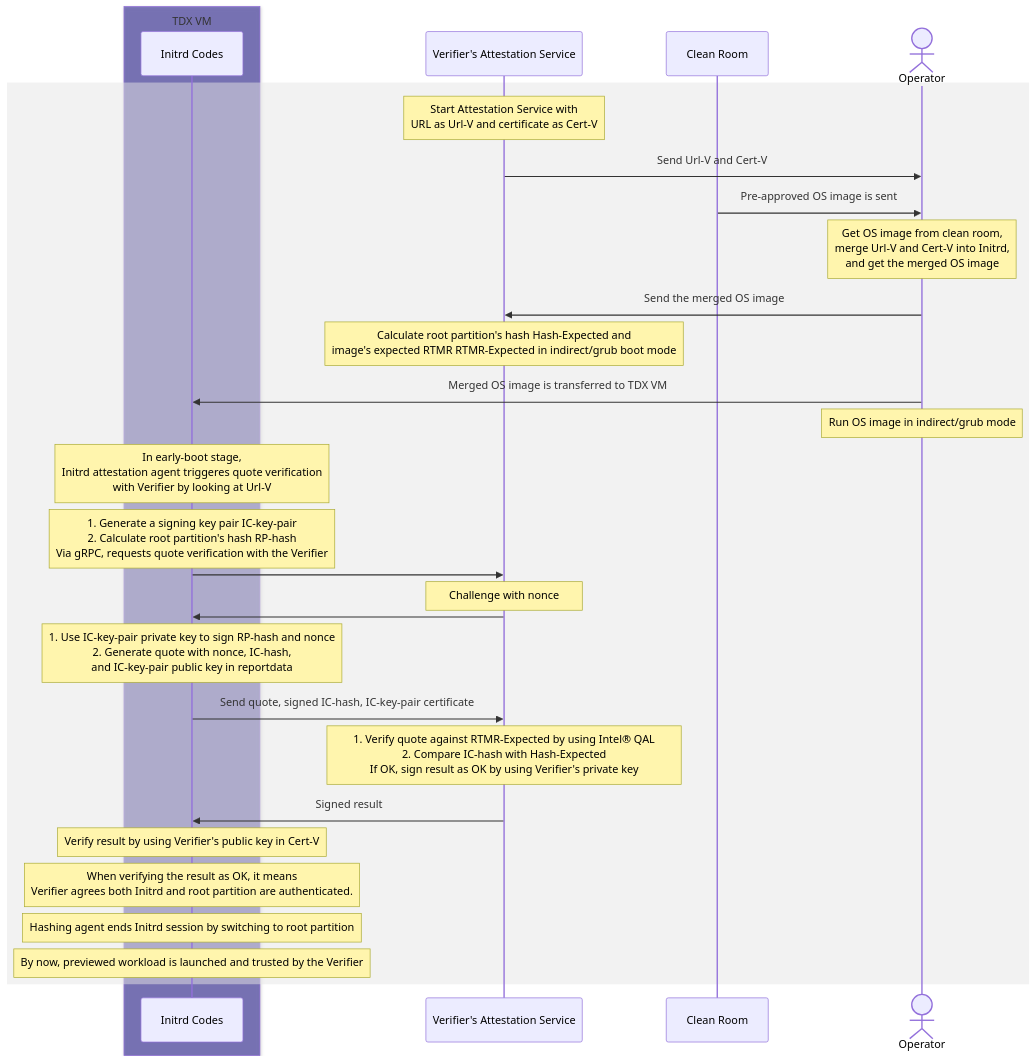
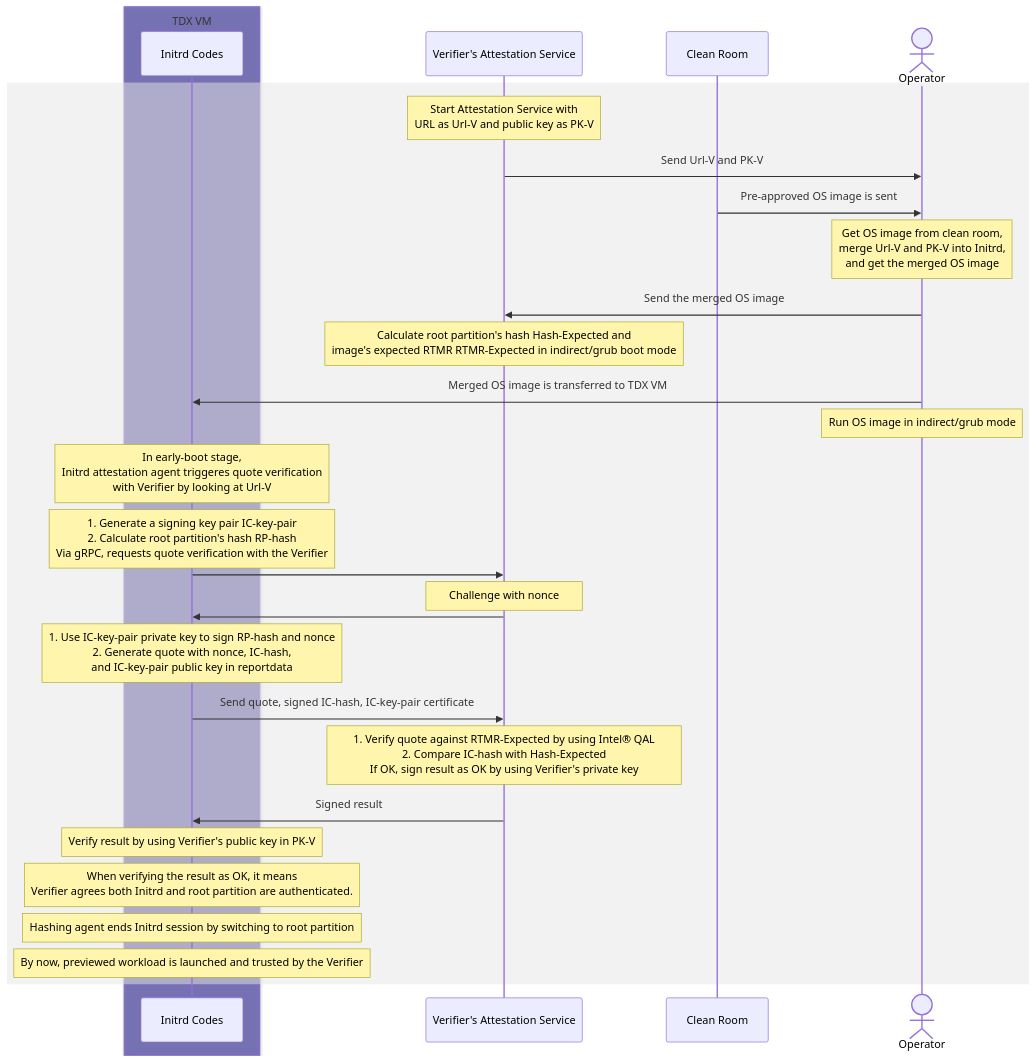
Before and after one commit to elvis77-op/VTB: the second of 2 diagrams in README.md, drawn with Mermaid. The commit also changed 1 other file, not shown here.

Commit message:
adjust diagram

````diff
--- a/README.md
+++ b/README.md
@@ -40,34 +40,34 @@
 ```mermaid
 sequenceDiagram
     box rgba(19, 9, 137, 0.5) TDX VM
       participant IC as Initrd Codes
     end
     participant P-1 as Verifier's Attestation Service
     participant CR as Clean Room
     actor ADMIN as Operator
 
     rect rgba(230,230,230,0.5)
-        Note over P-1: Start Attestation Service with <br> URL as Url-V and certificate as Cert-V
-        P-1->>ADMIN: Send Url-V and Cert-V
+        Note over P-1: Start Attestation Service with <br> URL as Url-V and public key as PK-V
+        P-1->>ADMIN: Send Url-V and PK-V
         CR->>ADMIN: Pre-approved OS image is sent
-        Note over ADMIN: Get OS image from clean room, <br>merge Url-V and Cert-V into Initrd,<br> and get the merged OS image
+        Note over ADMIN: Get OS image from clean room, <br>merge Url-V and PK-V into Initrd,<br> and get the merged OS image
         ADMIN->>P-1: Send the merged OS image
         Note over P-1: Calculate root partition's hash Hash-Expected and <br>image's expected RTMR RTMR-Expected in indirect/grub boot mode
         ADMIN->>IC: Merged OS image is transferred to TDX VM
 	    Note over ADMIN: Run OS image in indirect/grub mode
         Note over IC: In early-boot stage, <br>Initrd attestation agent triggeres quote verification<br>with Verifier by looking at Url-V
         Note over IC: 1. Generate a signing key pair IC-key-pair<br>2. Calculate root partition's hash RP-hash<br>Via gRPC, requests quote verification with the Verifier
         IC->>P-1: 
         Note over P-1: Challenge with nonce
         P-1->>IC:
         Note over IC: 1. Use IC-key-pair private key to sign RP-hash and nonce <br>2. Generate quote with nonce, IC-hash, <br>and IC-key-pair public key in reportdata 
 	    IC->>P-1: Send quote, signed IC-hash, IC-key-pair certificate
         Note over P-1: 1. Verify quote against RTMR-Expected by using Intel#174; QAL <br>2. Compare IC-hash with Hash-Expected <br>If OK, sign result as OK by using Verifier's private key  
 	    P-1->>IC: Signed result
-	    Note over IC: Verify result by using Verifier's public key in Cert-V
+	    Note over IC: Verify result by using Verifier's public key in PK-V
         Note over IC: When verifying the result as OK, it means <br> Verifier agrees both Initrd and root partition are authenticated. 
     Note over IC: Hashing agent ends Initrd session by switching to root partition 
     Note over IC: By now, previewed workload is launched and trusted by the Verifier
     end	 
     
 ```
````
